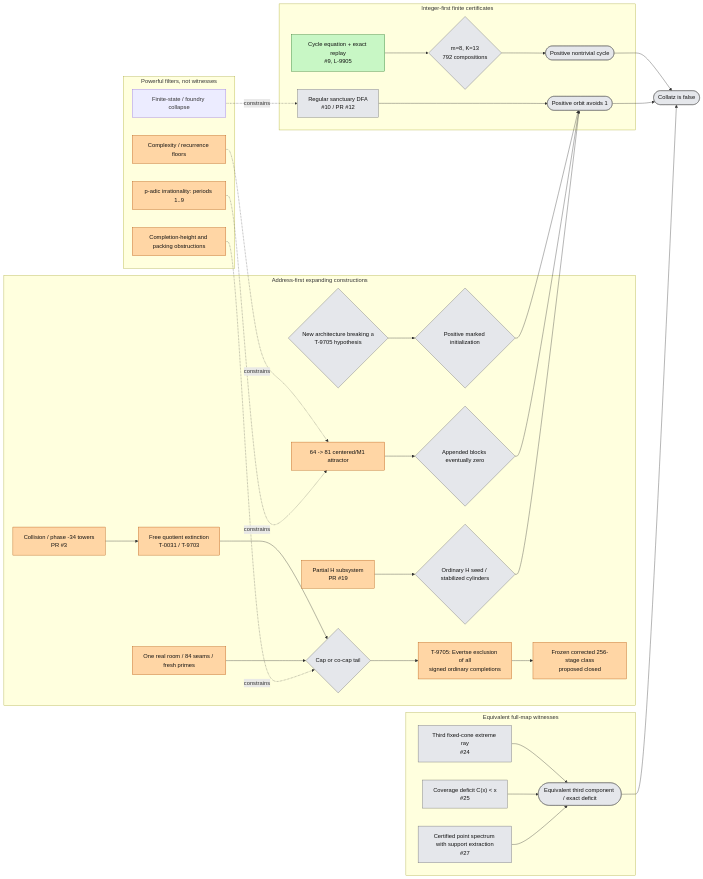
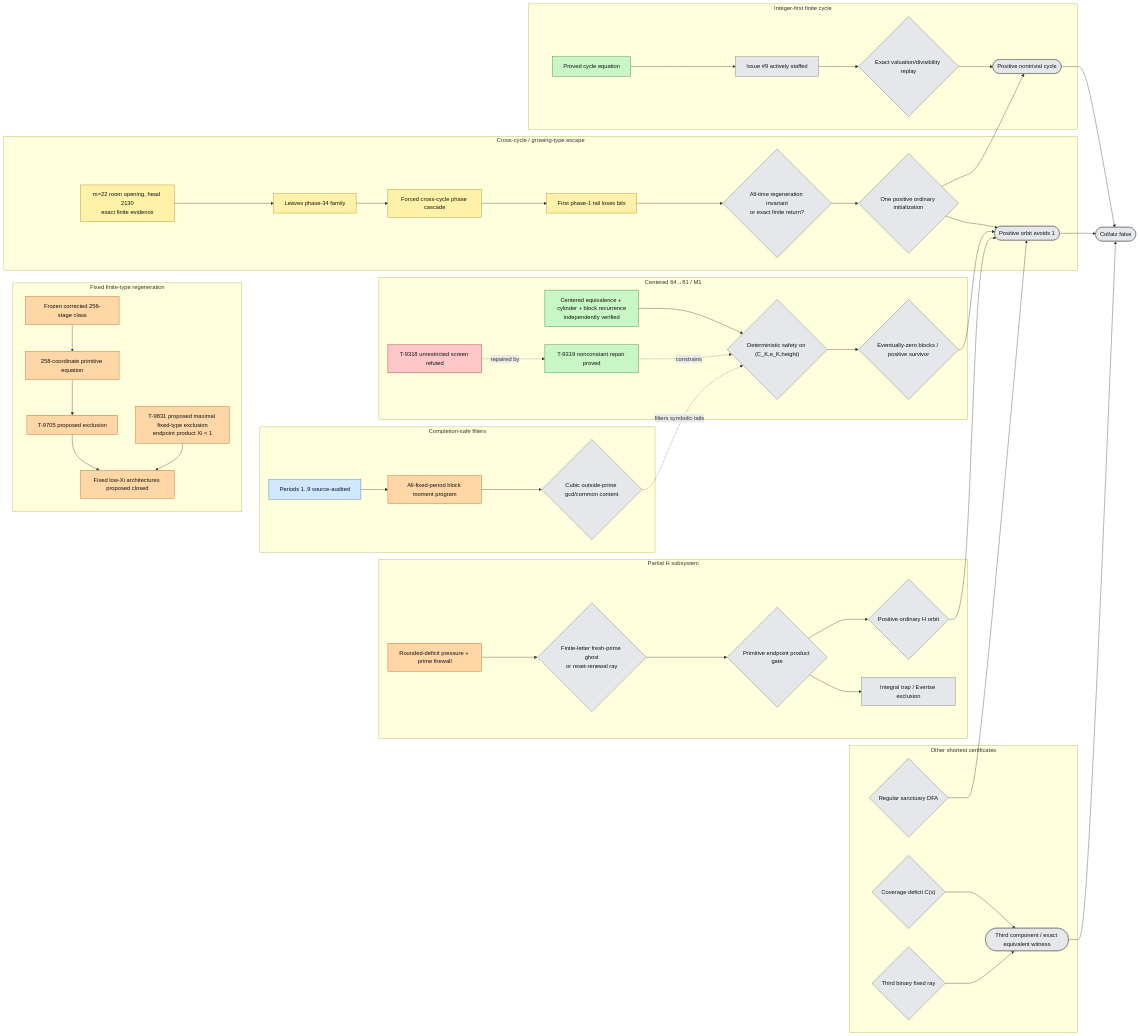
One commit to GettysburgResearch/collatz changed the diagram in GLOBAL_COUNTEREXAMPLE_MAP.md. Above: the diagram before and after it, drawn with Mermaid. The commit also changed other lines of this file, not shown here.

Commit message:
docs: update global counterexample map for pass two

````diff
--- a/GLOBAL_COUNTEREXAMPLE_MAP.md
+++ b/GLOBAL_COUNTEREXAMPLE_MAP.md
@@ -128,66 +146,80 @@
 ```mermaid
 flowchart LR
-    FALSE([Collatz is false])
-
+    FALSE([Collatz false])
     CYCLE([Positive nontrivial cycle])
     DIV([Positive orbit avoids 1])
-    EQUIV([Equivalent third component / exact deficit])
-
+    THIRD([Third component / exact equivalent witness])
     CYCLE --> FALSE
     DIV --> FALSE
-    EQUIV --> FALSE
+    THIRD --> FALSE
 
-    subgraph FINITE["Integer-first finite certificates"]
-      CYCEQ["Cycle equation + exact replay<br/>#9, L-9905"]
-      M8{"m=8, K=13<br/>792 compositions"}
-      SAN["Regular sanctuary DFA<br/>#10 / PR #12"]
-      CYCEQ --> M8 --> CYCLE
-      SAN --> DIV
+    subgraph CYC["Integer-first finite cycle"]
+      CEQ["Proved cycle equation"]
+      ACTIVE["Issue #9 actively staffed"]
+      CERT{"Exact valuation/divisibility replay"}
+      CEQ --> ACTIVE --> CERT --> CYCLE
     end
 
-    subgraph ADDRESS["Address-first expanding constructions"]
-      COLL["Collision / phase -34 towers<br/>PR #3"]
-      EXT["Free quotient extinction<br/>T-0031 / T-9703"]
-      CAP{"Cap or co-cap tail"}
-      ROOM["One real room / 84 seams / fresh primes"]
-      EXCL["T-9705: Evertse exclusion of all<br/>signed ordinary completions"]
-      DEAD["Frozen corrected 256-stage class<br/>proposed closed"]
-      ESC{"New architecture breaking a<br/>T-9705 hypothesis"}
-      INIT{"Positive marked initialization"}
-      COLL --> EXT --> CAP
-      ROOM --> CAP
-      CAP --> EXCL --> DEAD
-      ESC --> INIT --> DIV
-
-      M1["64 -> 81 centered/M1 attractor"]
-      ZBLOCK{"Appended blocks eventually zero"}
-      M1 --> ZBLOCK --> DIV
-
-      HLANE["Partial H subsystem<br/>PR #19"]
-      HINT{"Ordinary H seed / stabilized cylinders"}
-      HLANE --> HINT --> DIV
+    subgraph FIXED["Fixed finite-type regeneration"]
+      FROZEN["Frozen corrected 256-stage class"]
+      E258["258-coordinate primitive equation"]
+      T9705["T-9705 proposed exclusion"]
+      T9831["T-9831 proposed maximal fixed-type exclusion<br/>endpoint product Xi < 1"]
+      CLOSED["Fixed low-Xi architectures proposed closed"]
+      FROZEN --> E258 --> T9705 --> CLOSED
+      T9831 --> CLOSED
     end
 
-    subgraph GLOBAL["Equivalent full-map witnesses"]
-      CONE["Third fixed-cone extreme ray<br/>#24"]
-      COVER["Coverage deficit C(x) < x<br/>#25"]
-      SPEC["Certified point spectrum with support extraction<br/>#27"]
-      CONE --> EQUIV
-      COVER --> EQUIV
-      SPEC --> EQUIV
+    subgraph CROSS["Cross-cycle / growing-type escape"]
+      CELL["m=22 room opening, head 2130<br/>exact finite evidence"]
+      EXIT["Leaves phase-34 family"]
+      PHASE["Forced cross-cycle phase cascade"]
+      LOSS["First phase-1 tail loses bits"]
+      REGEN{"All-time regeneration invariant<br/>or exact finite return?"}
+      INIT{"One positive ordinary initialization"}
+      CELL --> EXIT --> PHASE --> LOSS --> REGEN --> INIT
+      INIT --> DIV
+      INIT --> CYCLE
     end
 
-    subgraph FILTERS["Powerful filters, not witnesses"]
-      COMP["Complexity / recurrence floors"]
-      PADE["p-adic irrationality: periods 1..9"]
-      FSTATE["Finite-state / foundry collapse"]
-      HEIGHT["Completion-height and packing obstructions"]
+    subgraph M1["Centered 64→81 / M1"]
+      NATIVE["Centered equivalence + cylinder + block recurrence<br/>independently verified"]
+      SAFE{"Deterministic safety on (C_K,e_K,height)"}
+      STAB{"Eventually-zero blocks / positive survivor"}
+      T9318["T-9318 unrestricted screen refuted"]
+      T9319["T-9319 nonconstant repair proved"]
+      NATIVE --> SAFE --> STAB --> DIV
+      T9318 -. repaired by .-> T9319
+      T9319 -. constrains .-> SAFE
     end
 
-    COMP -. constrains .-> M1
-    PADE -. constrains .-> M1
-    FSTATE -. constrains .-> SAN
-    HEIGHT -. constrains .-> CAP
+    subgraph H["Partial H subsystem"]
+      PRESS["Rounded-deficit pressure + prime firewall"]
+      SPLIT{"Finite-letter fresh-prime ghost<br/>or reset-renewal ray"}
+      HGATE{"Primitive endpoint product gate"}
+      HORB{"Positive ordinary H orbit"}
+      HNO["Integral trap / Evertse exclusion"]
+      PRESS --> SPLIT --> HGATE
+      HGATE --> HORB --> DIV
+      HGATE --> HNO
+    end
+
+    subgraph FINITE["Other shortest certificates"]
+      SAN{"Regular sanctuary DFA"}
+      COVER{"Coverage deficit C(x)<x"}
+      CONE{"Third binary fixed ray"}
+      SAN --> DIV
+      COVER --> THIRD
+      CONE --> THIRD
+    end
+
+    subgraph FILTERS["Completion-safe filters"]
+      PERIOD["Periods 1..9 source-audited"]
+      BLOCK["All-fixed-period block moment program"]
+      GCD{"Cubic outside-prime gcd/common content"}
+      PERIOD --> BLOCK --> GCD
+      GCD -. filters symbolic tails .-> SAFE
+    end
 
     classDef proved fill:#c8f7c5,stroke:#267326,color:#111;
     classDef literature fill:#cfe8ff,stroke:#2563a8,color:#111;
@@ -196,7 +228,10 @@
     classDef refuted fill:#ffc7c7,stroke:#a11,color:#111;
     classDef open fill:#e5e7eb,stroke:#666,color:#111;
 
-    class CYCEQ proved;
-    class COLL,EXT,ROOM,EXCL,DEAD,M1,HLANE,COMP,PADE,HEIGHT proposed;
-    class M8,CAP,ESC,INIT,ZBLOCK,HINT,SAN,CONE,COVER,SPEC,EQUIV,CYCLE,DIV,FALSE open;
+    class CEQ,NATIVE,T9319 proved;
+    class PERIOD literature;
+    class FROZEN,E258,T9705,T9831,CLOSED,PRESS,BLOCK proposed;
+    class CELL,EXIT,PHASE,LOSS empirical;
+    class T9318 refuted;
+    class ACTIVE,CERT,REGEN,INIT,SAFE,STAB,SPLIT,HGATE,HORB,HNO,SAN,COVER,CONE,GCD,FALSE,CYCLE,DIV,THIRD open;
 ```
````
